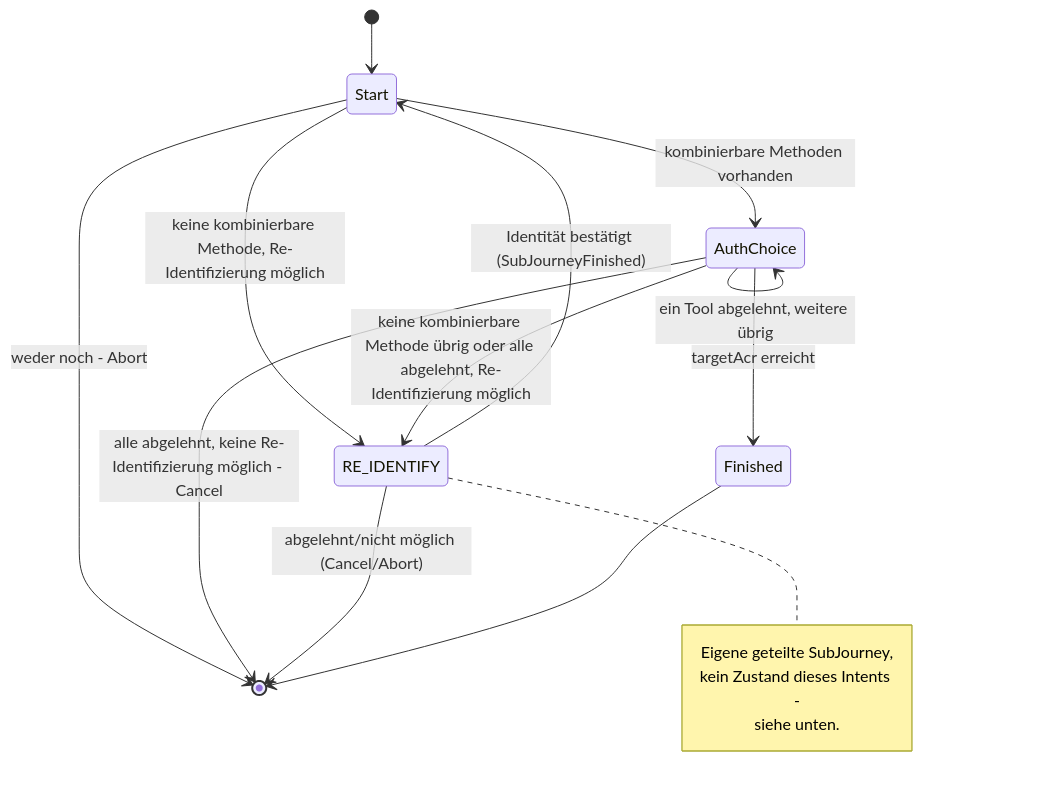
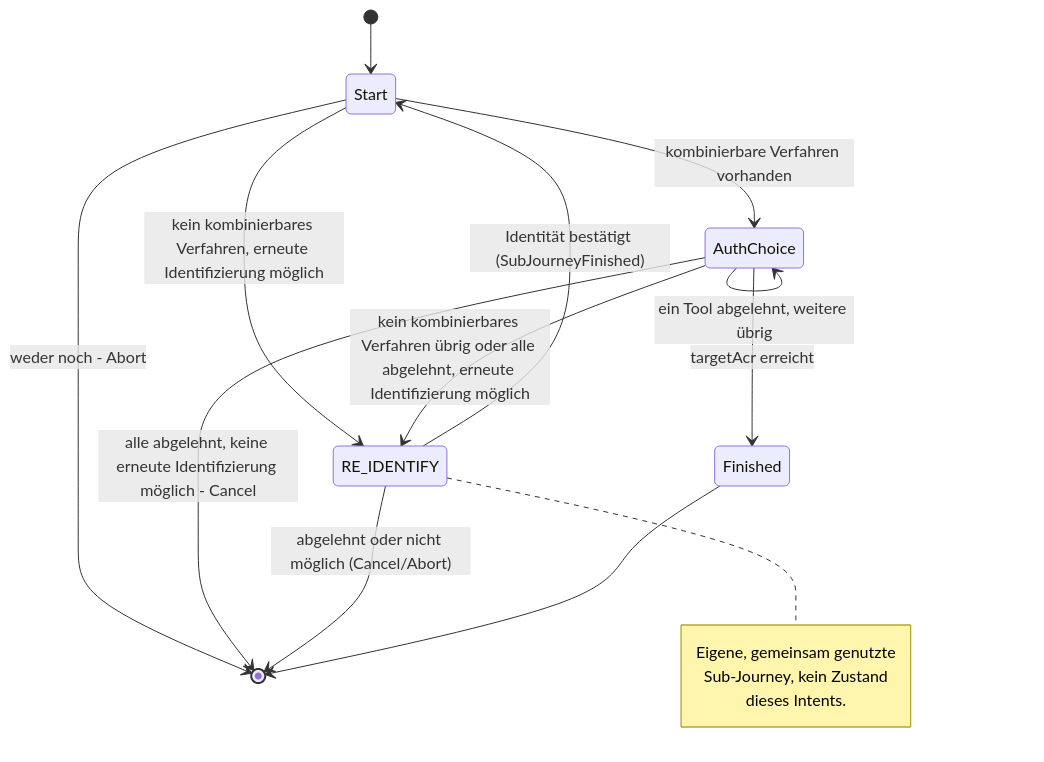
One commit to rpreissel/DPoP-demo changed the diagram in docs/journeys/step-up.md. Above: the diagram before and after it, drawn with Mermaid. The commit also changed other lines of this file and 67 other files, not shown here.

````diff
--- a/docs/journeys/step-up.md
+++ b/docs/journeys/step-up.md
@@ -6,20 +6,20 @@
 ```mermaid
 stateDiagram-v2
   [*] --> Start
-  Start --> AuthChoice: kombinierbare Methoden vorhanden
-  Start --> RE_IDENTIFY: keine kombinierbare Methode, Re-Identifizierung möglich
+  Start --> AuthChoice: kombinierbare Verfahren vorhanden
+  Start --> RE_IDENTIFY: kein kombinierbares Verfahren, erneute Identifizierung möglich
   Start --> [*]: weder noch - Abort
   AuthChoice --> AuthChoice: ein Tool abgelehnt, weitere übrig
-  AuthChoice --> RE_IDENTIFY: keine kombinierbare Methode übrig oder alle abgelehnt, Re-Identifizierung möglich
-  AuthChoice --> [*]: alle abgelehnt, keine Re-Identifizierung möglich - Cancel
+  AuthChoice --> RE_IDENTIFY: kein kombinierbares Verfahren übrig oder alle abgelehnt, erneute Identifizierung möglich
+  AuthChoice --> [*]: alle abgelehnt, keine erneute Identifizierung möglich - Cancel
   AuthChoice --> Finished: targetAcr erreicht
   RE_IDENTIFY --> Start: Identität bestätigt (SubJourneyFinished)
-  RE_IDENTIFY --> [*]: abgelehnt/nicht möglich (Cancel/Abort)
+  RE_IDENTIFY --> [*]: abgelehnt oder nicht möglich (Cancel/Abort)
   Finished --> [*]
 
   note right of RE_IDENTIFY
-    Eigene geteilte SubJourney,
-    kein Zustand dieses Intents -
-    siehe unten.
+    Eigene, gemeinsam genutzte
+    Sub-Journey, kein Zustand
+    dieses Intents.
   end note
 ```
````
